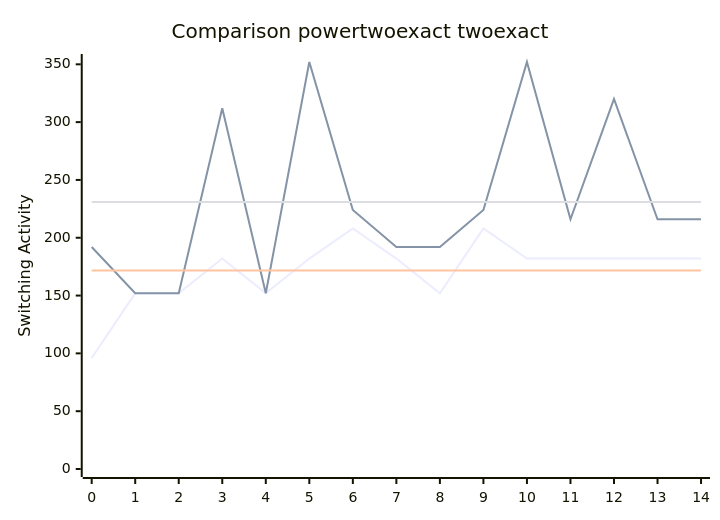
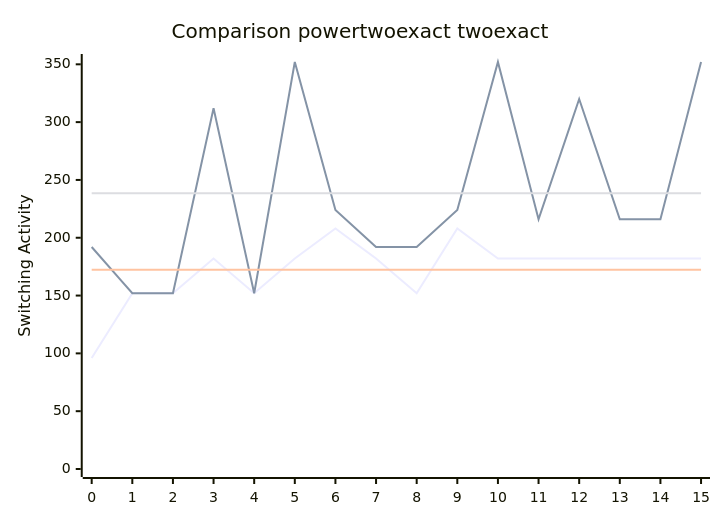
The diagram in benchmark.md (FeldmeierMichael/Exact-Power-Synthesis), drawn with Mermaid before and after one commit. The commit also changed other lines of this file and 2 other files, not shown here.

````diff
--- a/benchmark.md
+++ b/benchmark.md
@@ -33,10 +35,10 @@
 ```mermaid
 xychart-beta
     title "Comparison powertwoexact twoexact"
-    x-axis [0, 1, 2, 3, 4, 5, 6, 7, 8, 9, 10, 11, 12, 13, 14]
+    x-axis [0, 1, 2, 3, 4, 5, 6, 7, 8, 9, 10, 11, 12, 13, 14, 15]
     y-axis "Switching Activity" 0-->352
-    line [96, 152, 152, 182, 152, 182, 208, 182, 152, 208, 182, 182, 182, 182, 182]
-    line [192, 152, 152, 312, 152, 352, 224, 192, 192, 224, 352, 216, 320, 216, 216]
-    line [171.73333333333332, 171.73333333333332, 171.73333333333332, 171.73333333333332, 171.73333333333332, 171.73333333333332, 171.73333333333332, 171.73333333333332, 171.73333333333332, 171.73333333333332, 171.73333333333332, 171.73333333333332, 171.73333333333332, 171.73333333333332, 171.73333333333332]
-    line [230.93333333333334, 230.93333333333334, 230.93333333333334, 230.93333333333334, 230.93333333333334, 230.93333333333334, 230.93333333333334, 230.93333333333334, 230.93333333333334, 230.93333333333334, 230.93333333333334, 230.93333333333334, 230.93333333333334, 230.93333333333334, 230.93333333333334]
+    line [96, 152, 152, 182, 152, 182, 208, 182, 152, 208, 182, 182, 182, 182, 182, 182]
+    line [192, 152, 152, 312, 152, 352, 224, 192, 192, 224, 352, 216, 320, 216, 216, 352]
+    line [172.375, 172.375, 172.375, 172.375, 172.375, 172.375, 172.375, 172.375, 172.375, 172.375, 172.375, 172.375, 172.375, 172.375, 172.375, 172.375]
+    line [238.5, 238.5, 238.5, 238.5, 238.5, 238.5, 238.5, 238.5, 238.5, 238.5, 238.5, 238.5, 238.5, 238.5, 238.5, 238.5]
 ```
````
